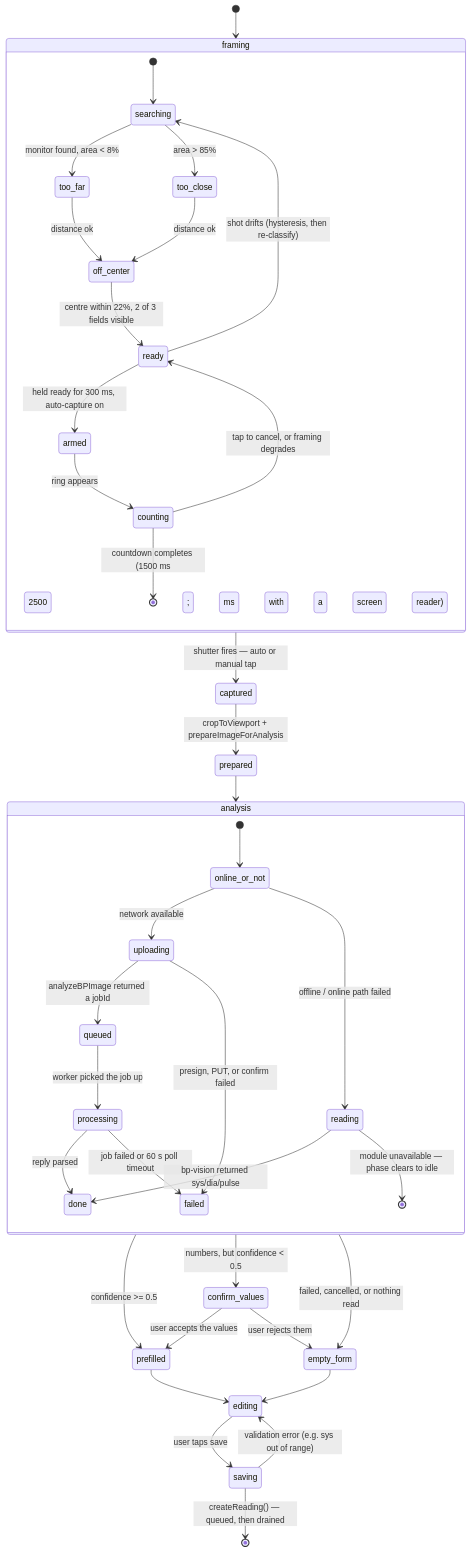
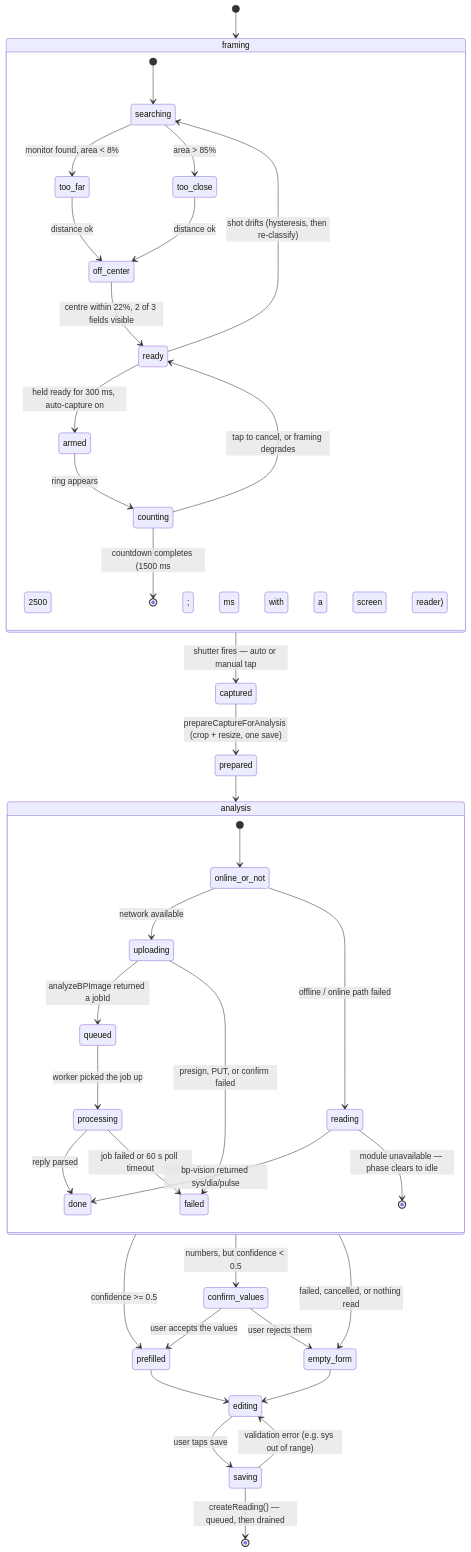
One commit to vanTHkrab/BP-Monitor-Application changed the diagram in docs/architecture/state-camera.md. Above: the diagram before and after it, drawn with Mermaid. The commit also changed other lines of this file and 21 other files, not shown here.

````diff
--- a/docs/architecture/state-camera.md
+++ b/docs/architecture/state-camera.md
@@ -22,51 +22,51 @@
 ```mermaid
 stateDiagram-v2
     [*] --> framing
 
     state framing {
         [*] --> searching
         searching --> too_far: monitor found, area < 8%
         searching --> too_close: area > 85%
         too_far --> off_center: distance ok
         too_close --> off_center: distance ok
         off_center --> ready: centre within 22%, 2 of 3 fields visible
         ready --> searching: shot drifts (hysteresis, then re-classify)
         ready --> armed: held ready for 300 ms, auto-capture on
         armed --> counting: ring appears
         counting --> ready: tap to cancel, or framing degrades
         counting --> [*]: countdown completes (1500 ms; 2500 ms with a screen reader)
     }
 
     framing --> captured: shutter fires — auto or manual tap
-    captured --> prepared: cropToViewport + prepareImageForAnalysis
+    captured --> prepared: prepareCaptureForAnalysis (crop + resize, one save)
 
     state analysis {
         [*] --> online_or_not
         state online_or_not <<choice>>
         online_or_not --> uploading: network available
         online_or_not --> reading: offline / online path failed
 
         uploading --> queued: analyzeBPImage returned a jobId
         queued --> processing: worker picked the job up
         processing --> done: reply parsed
         processing --> failed: job failed or 60 s poll timeout
         uploading --> failed: presign, PUT, or confirm failed
 
         reading --> done: bp-vision returned sys/dia/pulse
         reading --> [*]: module unavailable — phase clears to idle
     }
 
     prepared --> analysis
     analysis --> prefilled: confidence >= 0.5
     analysis --> confirm_values: numbers, but confidence < 0.5
     analysis --> empty_form: failed, cancelled, or nothing read
 
     confirm_values --> prefilled: user accepts the values
     confirm_values --> empty_form: user rejects them
 
     prefilled --> editing
     empty_form --> editing
     editing --> saving: user taps save
     saving --> editing: validation error (e.g. sys out of range)
     saving --> [*]: createReading() — queued, then drained
 ```
````
